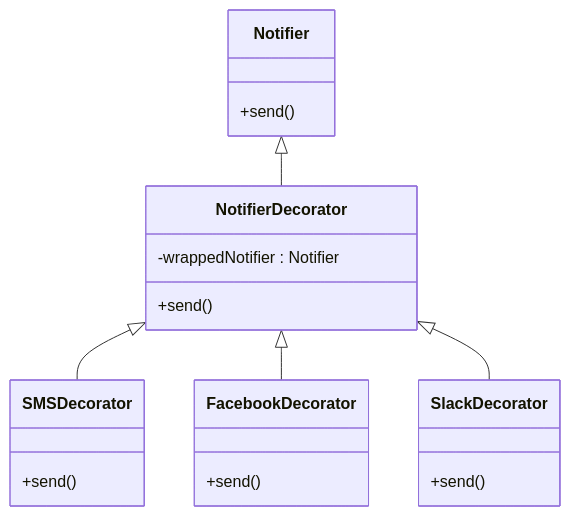
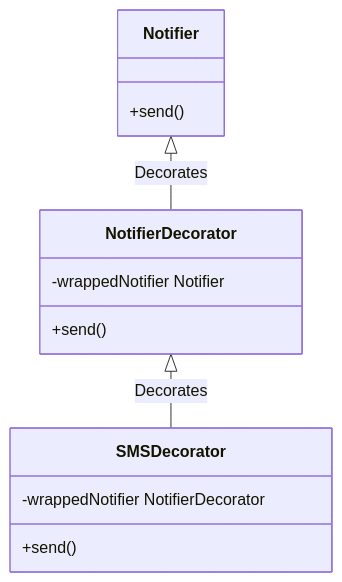
One commit to nguyenphuc22/Design-Patterns changed the third of 4 diagrams in docs/Book/3.4 Decorator.md. Above: the diagram before and after it, drawn with Mermaid. The commit also changed other lines of this file, not shown here.

Commit message:
Update 3.4 Decorator.md

````diff
--- a/docs/Book/3.4 Decorator.md
+++ b/docs/Book/3.4 Decorator.md
@@ -92,28 +100,19 @@
 ```mermaid
 classDiagram
-  class Notifier {
-    +send()
-  }
+    class Notifier {
+        +send()
+    }
 
-  class NotifierDecorator {
-    -wrappedNotifier : Notifier
-    +send()
-  }
+    class NotifierDecorator {
+        -wrappedNotifier Notifier
+        +send()
+    }
 
-  class SMSDecorator {
-    +send()
-  }
+    class SMSDecorator {
+        -wrappedNotifier NotifierDecorator
+        +send()
+    }
 
-  class FacebookDecorator {
-    +send()
-  }
-
-  class SlackDecorator {
-    +send()
-  }
-
-  Notifier <|-- NotifierDecorator
-  NotifierDecorator <|-- SMSDecorator
-  NotifierDecorator <|-- FacebookDecorator
-  NotifierDecorator <|-- SlackDecorator
+    Notifier <|-- NotifierDecorator : Decorates
+    NotifierDecorator <|-- SMSDecorator : Decorates
 ```
````
